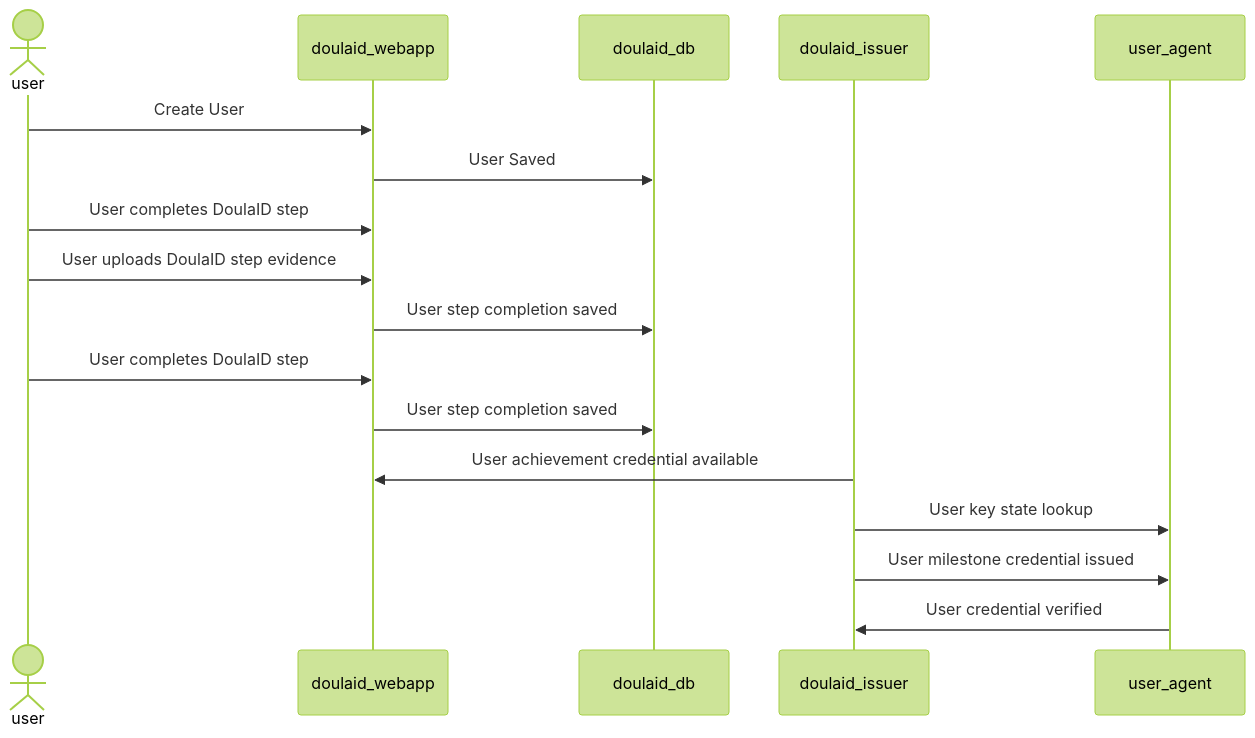
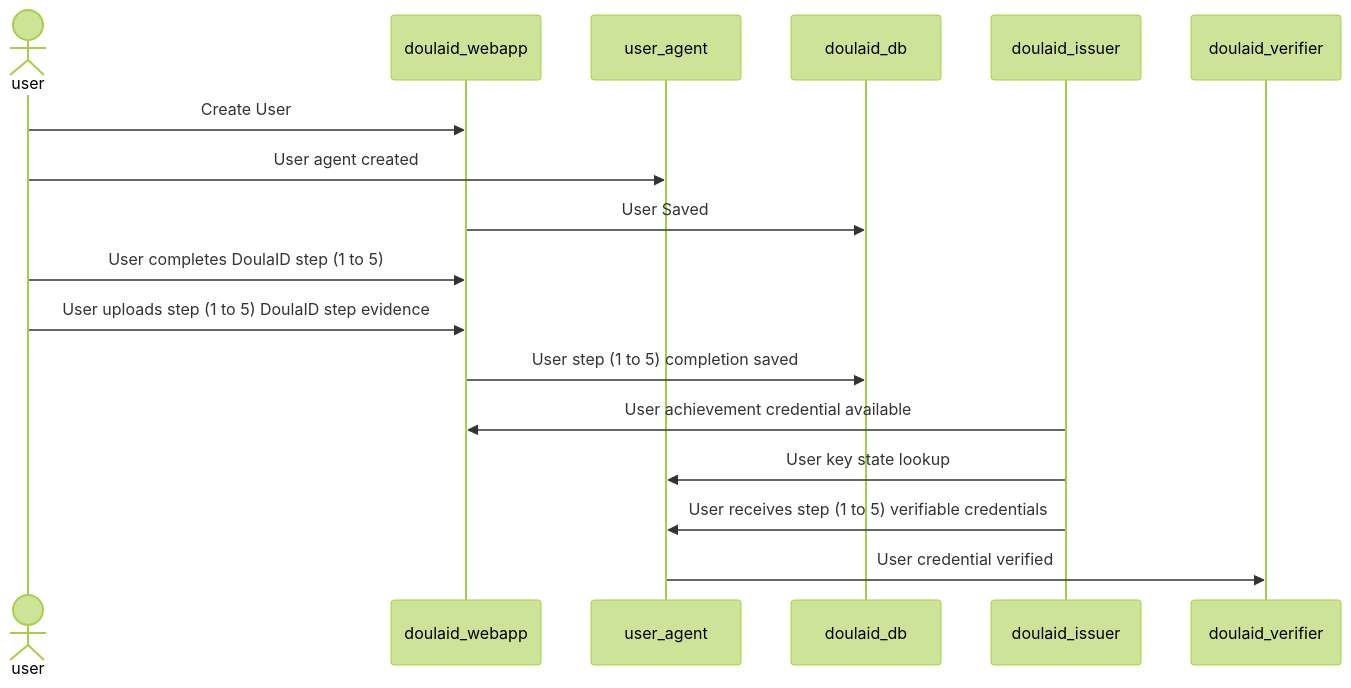
The diagram in DESIGN.md (roots-id/DoulaID), drawn with Mermaid (forest theme) before and after one commit.

````diff
--- a/DESIGN.md
+++ b/DESIGN.md
@@ -11,15 +11,14 @@
 ```mermaid
 sequenceDiagram
 actor user
 user->>doulaid_webapp: Create User
+user->>user_agent: User agent created
 doulaid_webapp->>doulaid_db: User Saved
-user->>doulaid_webapp: User completes DoulaID step
-user->>doulaid_webapp: User uploads DoulaID step evidence
-doulaid_webapp->>doulaid_db: User step completion saved
-user->>doulaid_webapp: User completes DoulaID step
-doulaid_webapp->>doulaid_db: User step completion saved
+user->>doulaid_webapp: User completes DoulaID step (1 to 5)
+user->>doulaid_webapp: User uploads step (1 to 5) DoulaID step evidence
+doulaid_webapp->>doulaid_db: User step (1 to 5) completion saved
 doulaid_issuer->>doulaid_webapp: User achievement credential available
 doulaid_issuer->>user_agent: User key state lookup
-doulaid_issuer->>user_agent: User milestone credential issued
-user_agent->>doulaid_issuer: User credential verified
+doulaid_issuer->>user_agent: User receives step (1 to 5) verifiable credentials
+user_agent->>doulaid_verifier: User credential verified
 ```
````
